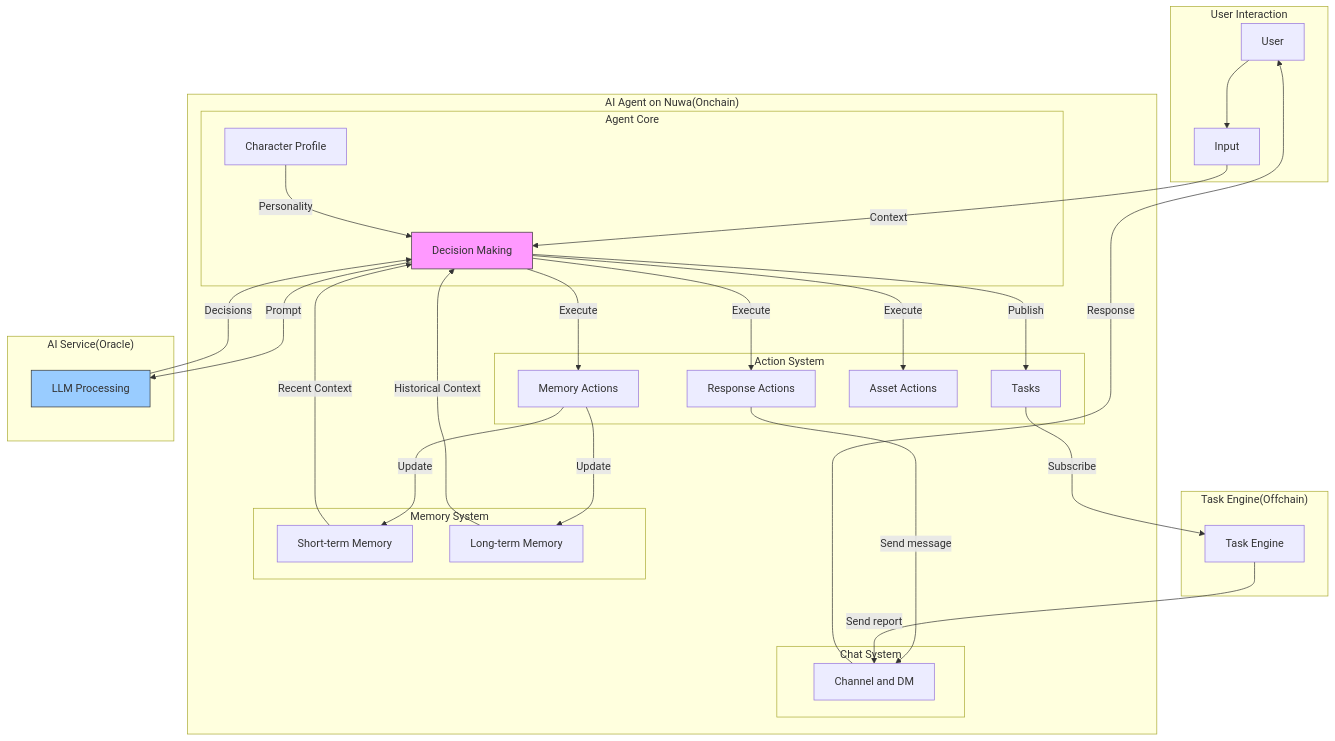
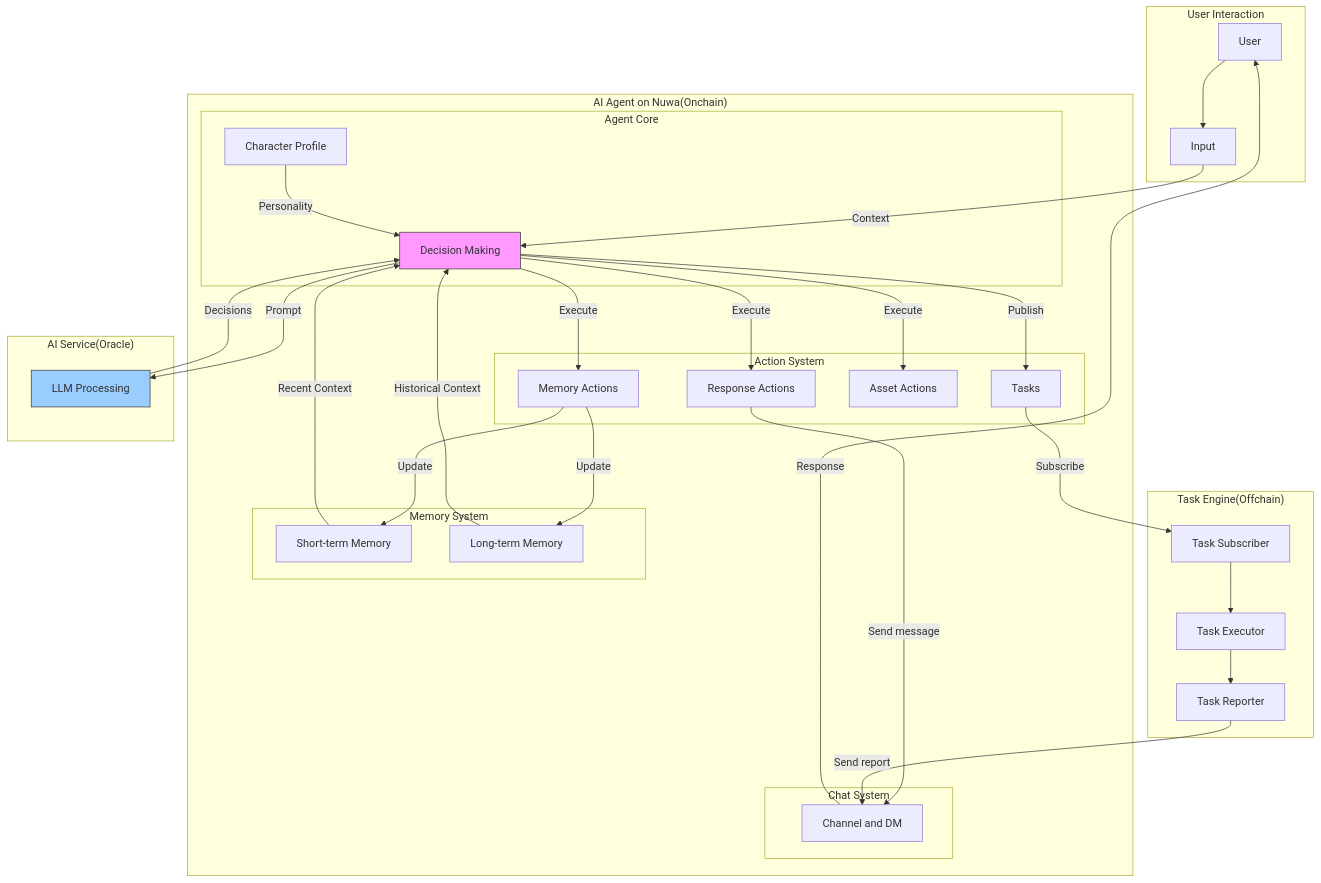
The first of 2 diagrams in README.md (wow-sven/nuwa), drawn with Mermaid before and after one commit. The commit also changed other lines of this file, not shown here.

````diff
--- a/README.md
+++ b/README.md
@@ -7,57 +9,61 @@
 ```mermaid
 graph TB
     subgraph "User Interaction"
         U[User] --> I[Input]
     end
 
     subgraph "AI Agent on Nuwa(Onchain)"
         subgraph "Memory System"
             SM[Short-term Memory]
             LM[Long-term Memory]
         end
         
         subgraph "Agent Core"
             C[Character Profile]
             D[Decision Making]
         end
         
         subgraph "Action System"
             A1[Memory Actions]
             A2[Response Actions]
             A3[Asset Actions]
             A4[Tasks]
         end
 
         subgraph "Chat System"
            C1[Channel and DM]
         end
     end
 
     subgraph "AI Service(Oracle)"
         AI[LLM Processing]
     end
 
-    subgraph "Task Engine(Offchain)"
-       T1[Task Engine]
+    subgraph T ["Task Engine(Offchain)"]
+       T1[Task Subscriber]
+       T2[Task Executor]
+       T3[Task Reporter]
     end
 
     I --> |Context| D
     SM --> |Recent Context| D
     LM --> |Historical Context| D
     C --> |Personality| D
     D --> |Prompt| AI
     AI --> |Decisions| D
     D --> |Execute| A1
     D --> |Execute| A2
     D --> |Execute| A3
     D --> |Publish| A4
     A1 --> |Update| SM
     A1 --> |Update| LM
     A2 --> |Send message|C1
     C1 --> |Response| U
     A4 --> |Subscribe| T1
-    T1 --> |Send report| C1
+    T1 --> T2
+    T2 --> T3
+    T3 --> |Send report| C1
 
     style D fill:#f9f,stroke:#333
     style AI fill:#9cf,stroke:#333
 ```
````
